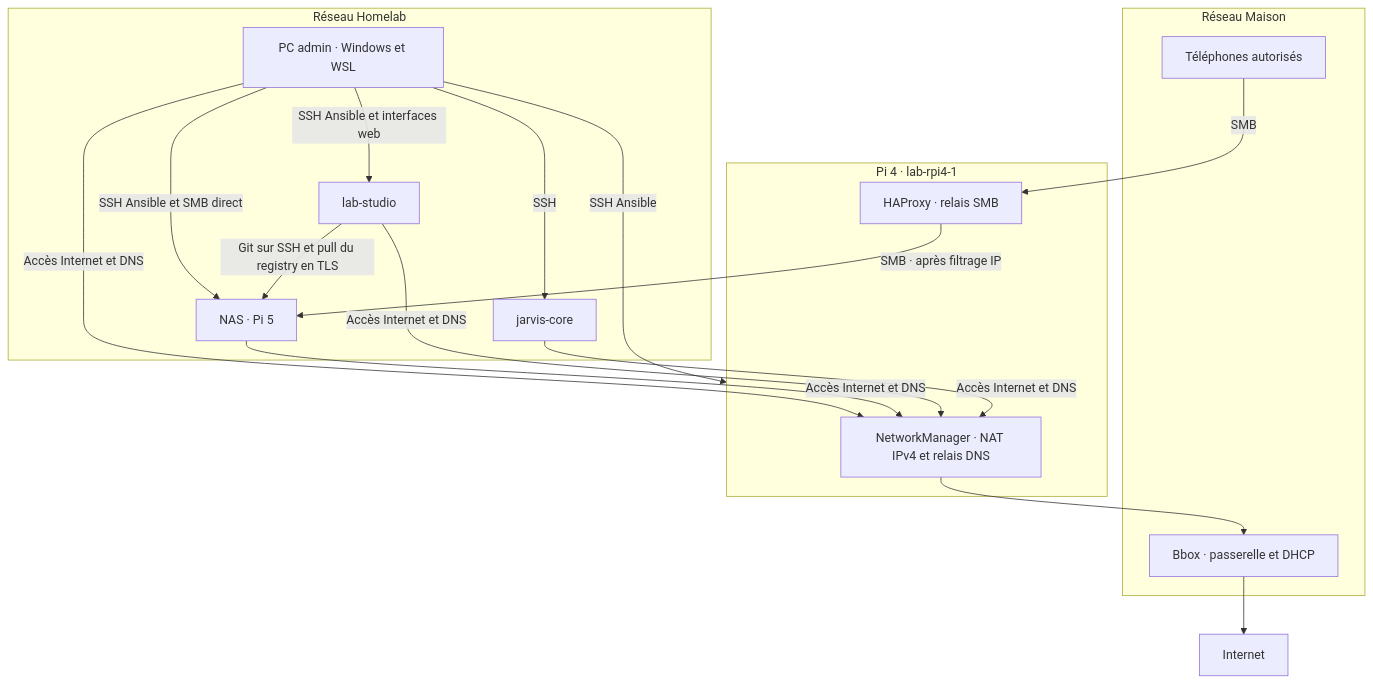
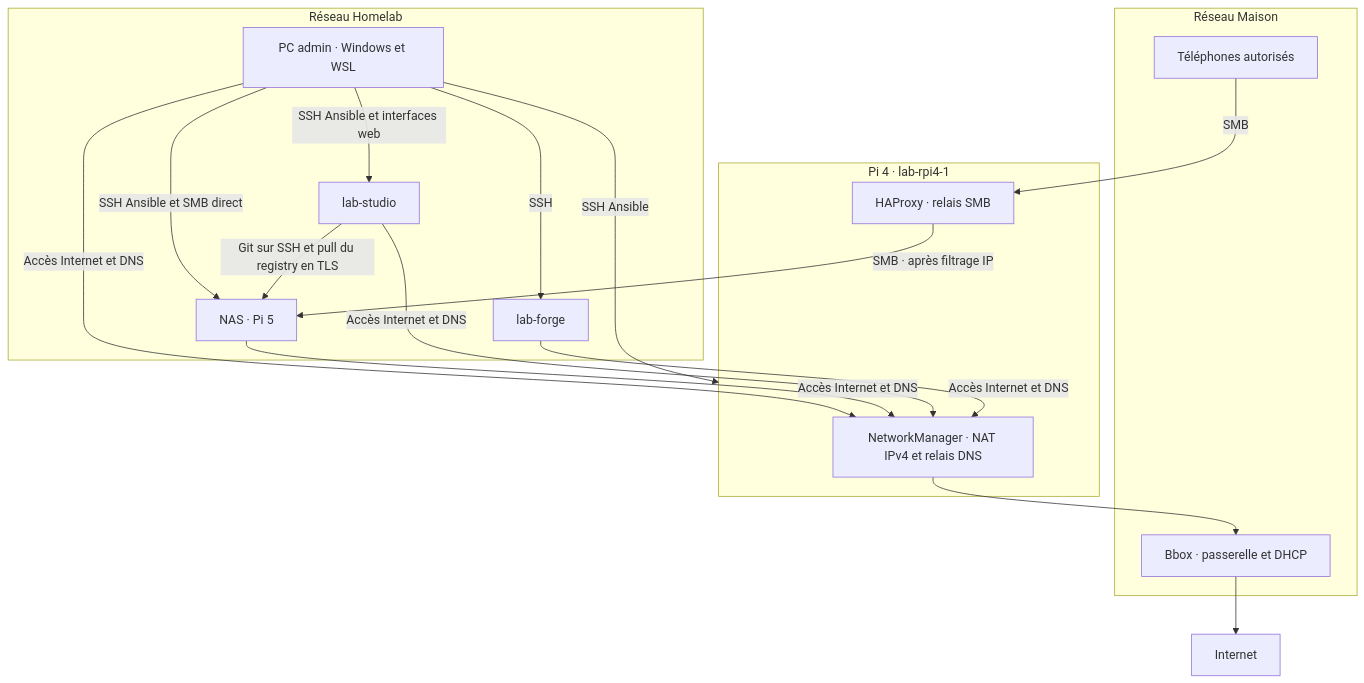
One commit to LaoTseu0/homelab changed the first of 2 diagrams in doc/architecture/topologie-logique.md. Above: the diagram before and after it, drawn with Mermaid. The commit also changed 6 other files, not shown here.

First line of the commit message:
Intégrer lab-forge à l'inventaire et à la documentation

````diff
--- a/doc/architecture/topologie-logique.md
+++ b/doc/architecture/topologie-logique.md
@@ -5,35 +5,35 @@
 ```mermaid
 flowchart TD
     internet["Internet"]
 
     subgraph maison["Réseau Maison"]
         bbox["Bbox · passerelle et DHCP"]
         phones["Téléphones autorisés"]
     end
 
     subgraph passerelle["Pi 4 · lab-rpi4-1"]
         routage["NetworkManager · NAT IPv4 et relais DNS"]
         proxy["HAProxy · relais SMB"]
     end
 
     subgraph lab["Réseau Homelab"]
         admin["PC admin · Windows et WSL"]
         nas["NAS · Pi 5"]
         studio["lab-studio"]
-        jcore["jarvis-core"]
+        forge["lab-forge"]
     end
 
     admin -->|"Accès Internet et DNS"| routage
     nas -->|"Accès Internet et DNS"| routage
     studio -->|"Accès Internet et DNS"| routage
-    jcore -->|"Accès Internet et DNS"| routage
+    forge -->|"Accès Internet et DNS"| routage
     routage --> bbox
     bbox --> internet
     phones -->|"SMB"| proxy
     proxy -->|"SMB · après filtrage IP"| nas
     admin -->|"SSH Ansible et SMB direct"| nas
     admin -->|"SSH Ansible"| passerelle
     admin -->|"SSH Ansible et interfaces web"| studio
-    admin -->|"SSH"| jcore
+    admin -->|"SSH"| forge
     studio -->|"Git sur SSH et pull du registry en TLS"| nas
 ```
````
